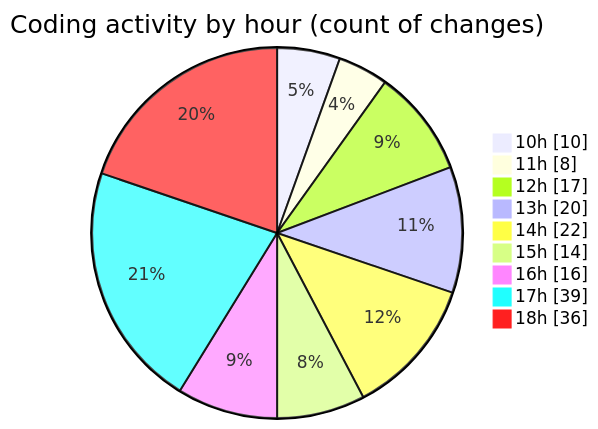
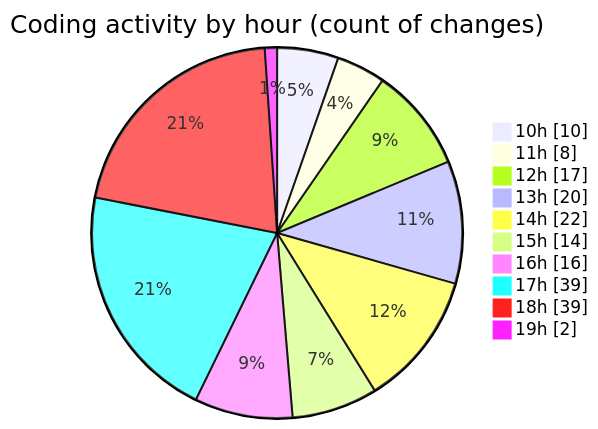
The second of 2 diagrams in 2025-12-03/cda/README.md (momahboobian/code-tracking), drawn with Mermaid before and after one commit. The commit also changed other lines of this file and 1 other file, not shown here.

````diff
--- a/2025-12-03/cda/README.md
+++ b/2025-12-03/cda/README.md
@@ -44,13 +44,14 @@
 ```mermaid
 pie showData
 title Coding activity by hour (count of changes)
 "10h" : 10
 "11h" : 8
 "12h" : 17
 "13h" : 20
 "14h" : 22
 "15h" : 14
 "16h" : 16
 "17h" : 39
-"18h" : 36
+"18h" : 39
+"19h" : 2
 ```
````
